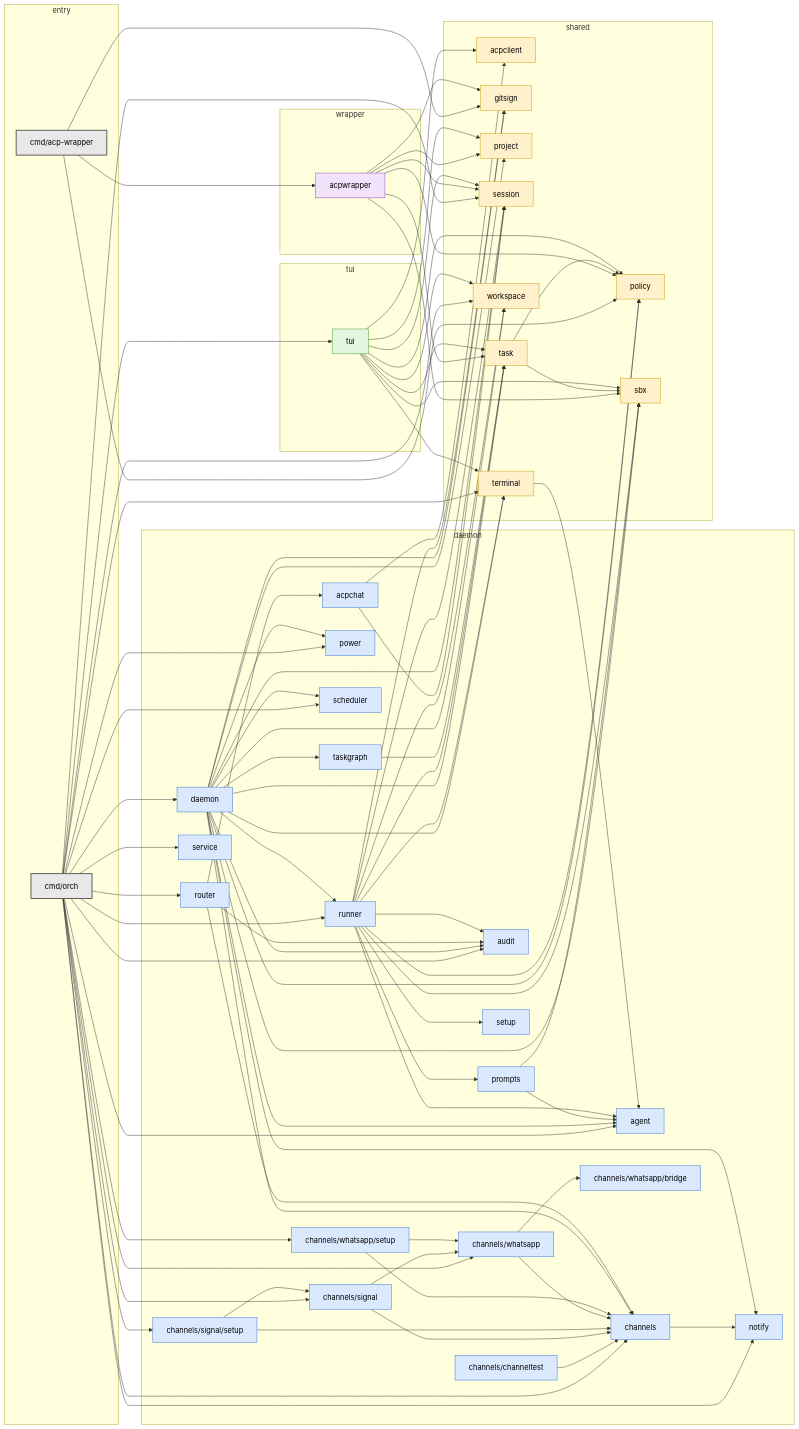
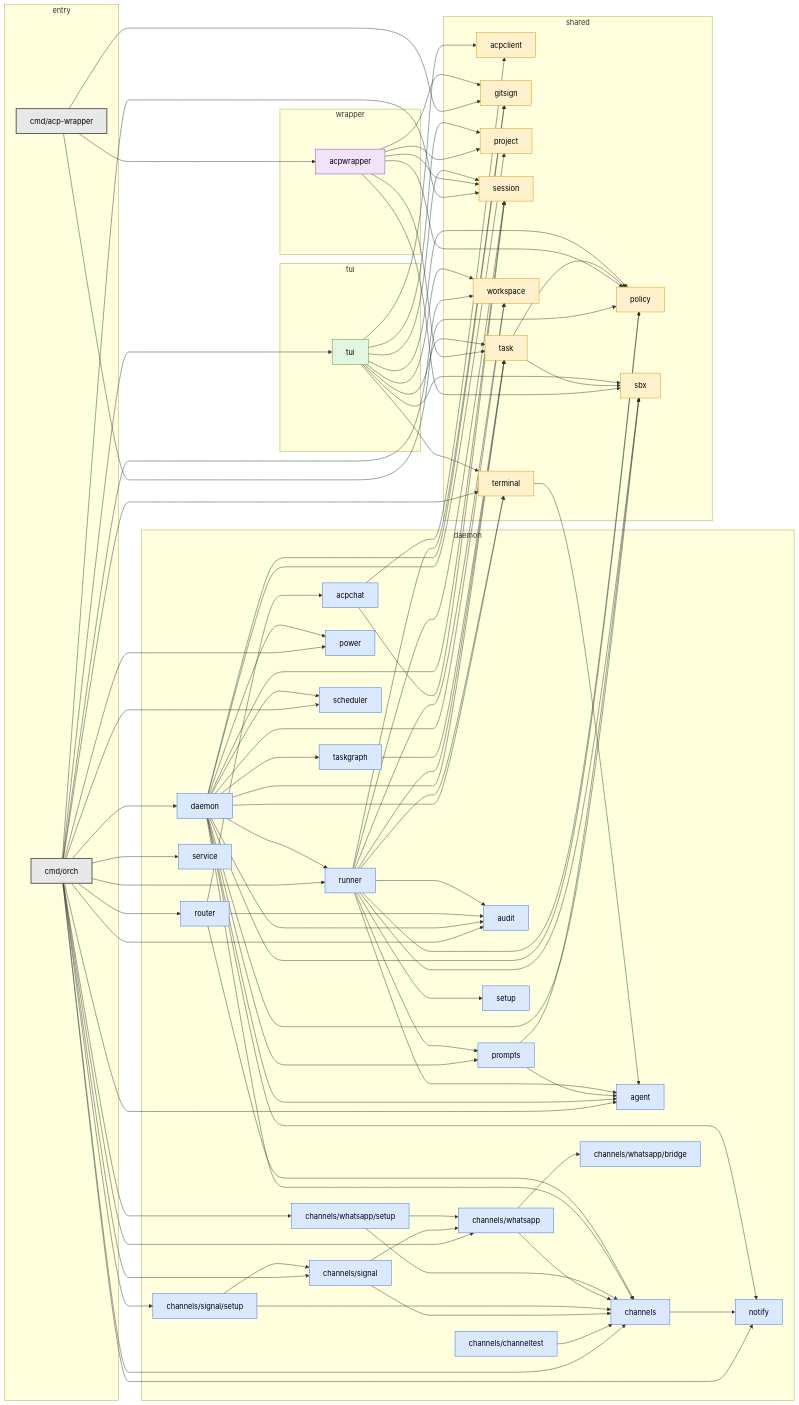
One commit to slimslenderslacks/workingman changed the diagram in docs/packages.md. Above: the diagram before and after it, drawn with Mermaid. The commit also changed other lines of this file and 5 other files, not shown here.

```diff
--- a/docs/packages.md
+++ b/docs/packages.md
@@ -146,6 +146,7 @@
   internal_daemon --> internal_policy
   internal_daemon --> internal_power
   internal_daemon --> internal_project
+  internal_daemon --> internal_prompts
   internal_daemon --> internal_runner
   internal_daemon --> internal_sbx
   internal_daemon --> internal_scheduler
```
